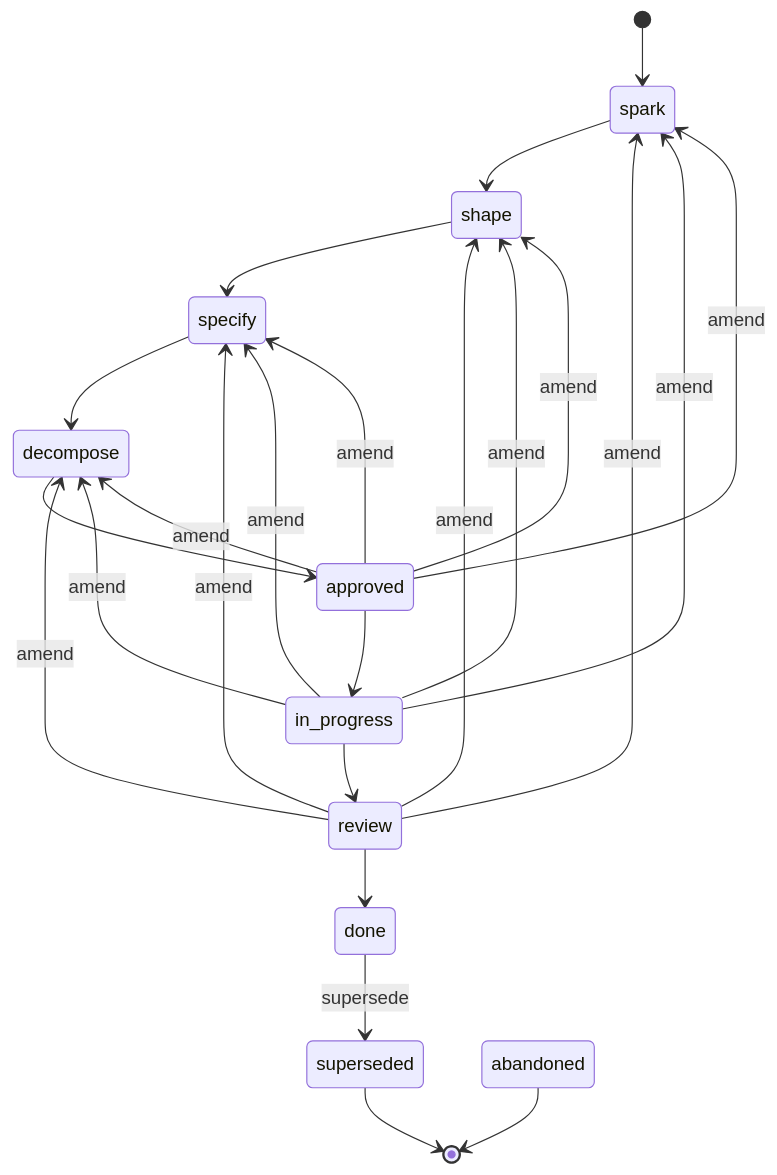
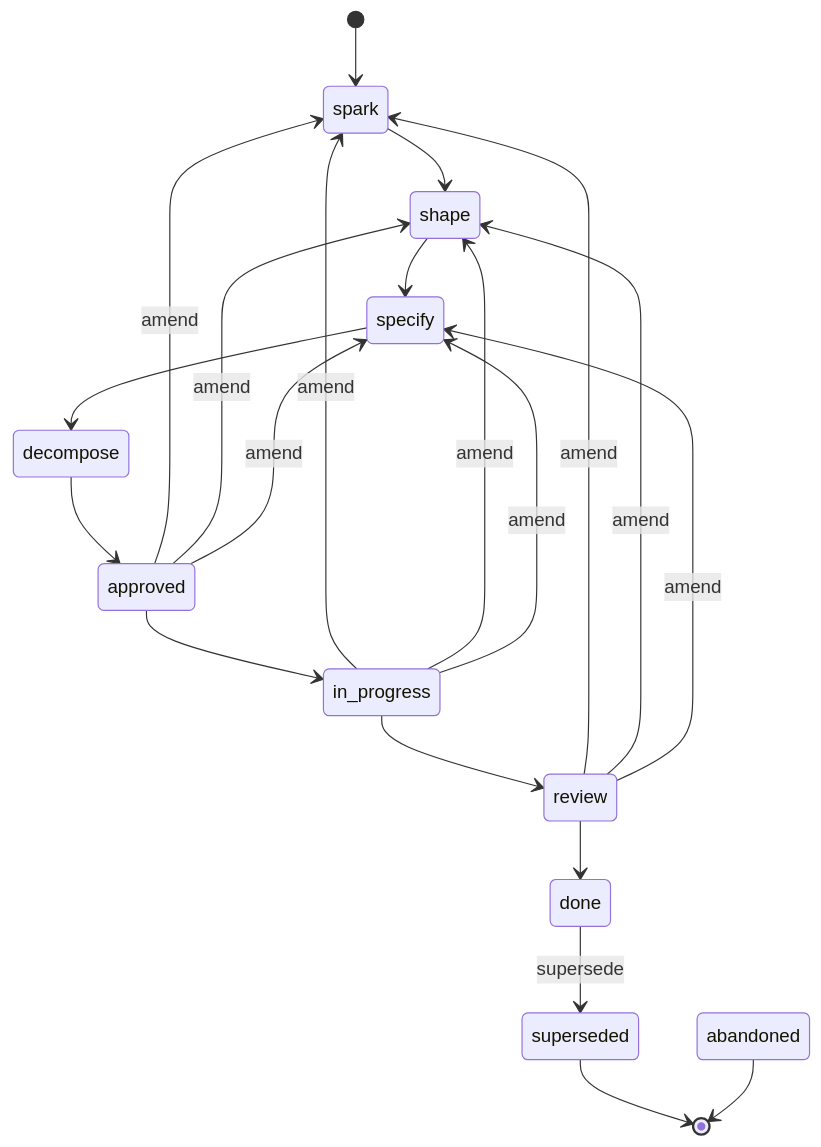
One commit to specgraph/specgraph changed the diagram in site/docs/concepts/authoring.md. Above: the diagram before and after it, drawn with Mermaid. The commit also changed other lines of this file and 3 other files, not shown here.

````diff
--- a/site/docs/concepts/authoring.md
+++ b/site/docs/concepts/authoring.md
@@ -200,31 +200,28 @@
 ```mermaid
 stateDiagram-v2
     [*] --> spark
     spark --> shape
     shape --> specify
     specify --> decompose
     decompose --> approved
     approved --> in_progress
     in_progress --> review
     review --> done
 
     approved --> spark : amend
     approved --> shape : amend
     approved --> specify : amend
-    approved --> decompose : amend
     in_progress --> spark : amend
     in_progress --> shape : amend
     in_progress --> specify : amend
-    in_progress --> decompose : amend
     review --> spark : amend
     review --> shape : amend
     review --> specify : amend
-    review --> decompose : amend
 
     done --> superseded : supersede
 
     state superseded
     state abandoned
     superseded --> [*]
     abandoned --> [*]
 ```
````
